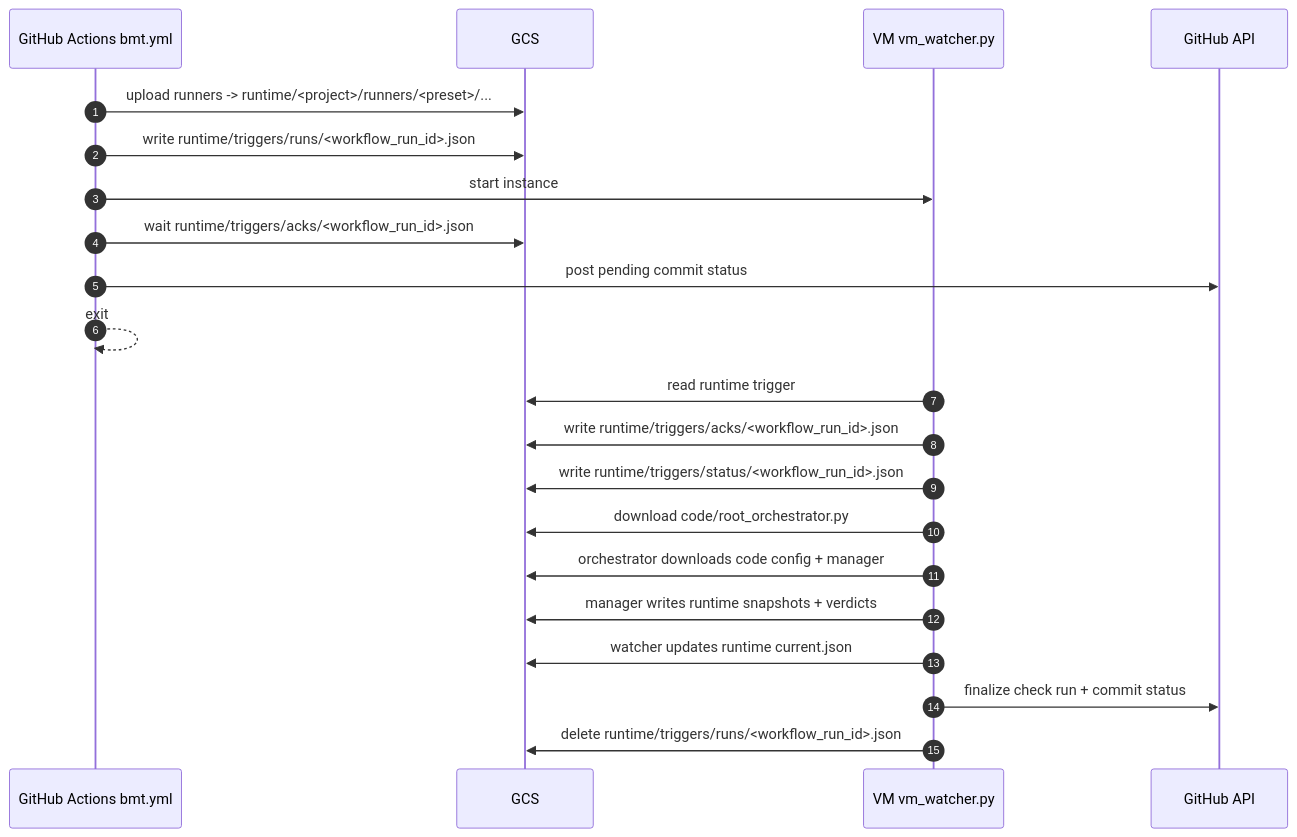
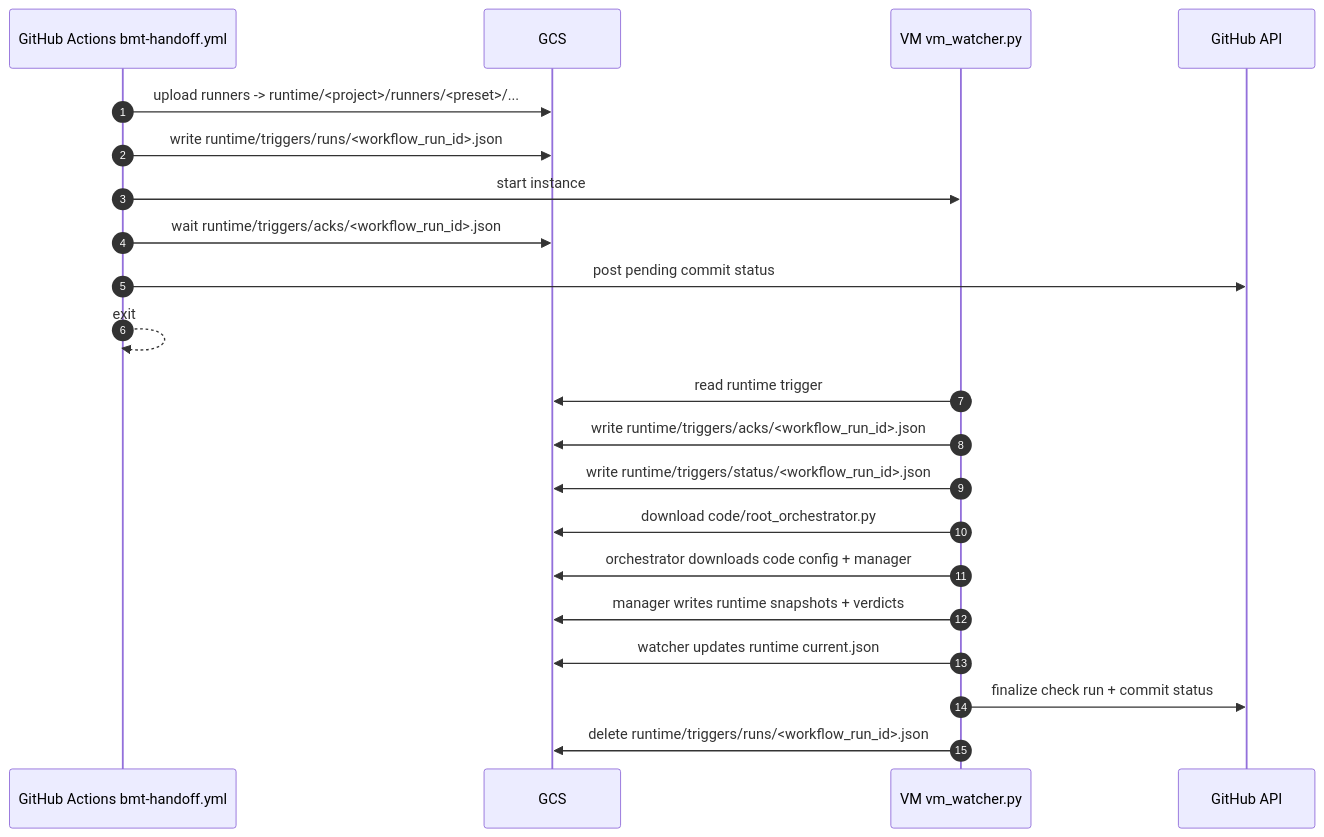
Before and after one commit to klugman-yanai/bmt-gate-sandbox: the first of 3 diagrams in docs/architecture.md, drawn with Mermaid. The commit also changed other lines of this file and 283 other files, not shown here.

````diff
--- a/docs/architecture.md
+++ b/docs/architecture.md
@@ -13,25 +13,25 @@
 ```mermaid
 sequenceDiagram
     autonumber
-    participant CI as GitHub Actions bmt.yml
+    participant CI as GitHub Actions bmt-handoff.yml
     participant GCS as GCS
     participant VM as VM vm_watcher.py
     participant GH as GitHub API
 
     CI->>GCS: upload runners -> runtime/<project>/runners/<preset>/...
     CI->>GCS: write runtime/triggers/runs/<workflow_run_id>.json
     CI->>VM: start instance
     CI->>GCS: wait runtime/triggers/acks/<workflow_run_id>.json
     CI->>GH: post pending commit status
     CI-->>CI: exit
 
     VM->>GCS: read runtime trigger
     VM->>GCS: write runtime/triggers/acks/<workflow_run_id>.json
     VM->>GCS: write runtime/triggers/status/<workflow_run_id>.json
     VM->>GCS: download code/root_orchestrator.py
     VM->>GCS: orchestrator downloads code config + manager
     VM->>GCS: manager writes runtime snapshots + verdicts
     VM->>GCS: watcher updates runtime current.json
     VM->>GH: finalize check run + commit status
     VM->>GCS: delete runtime/triggers/runs/<workflow_run_id>.json
 ```
````
